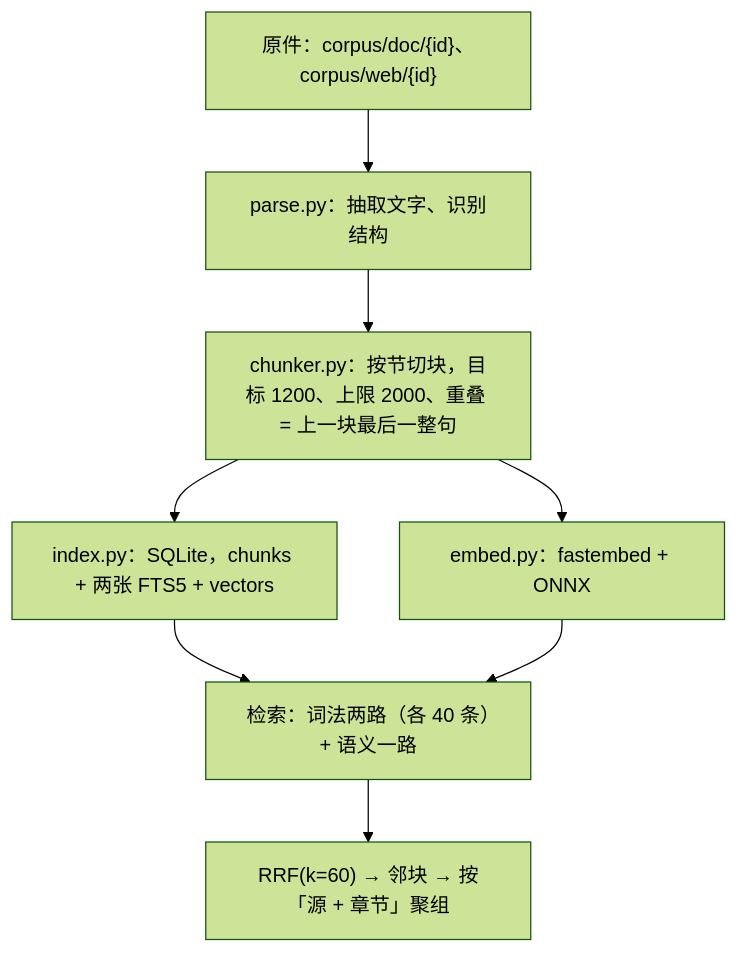
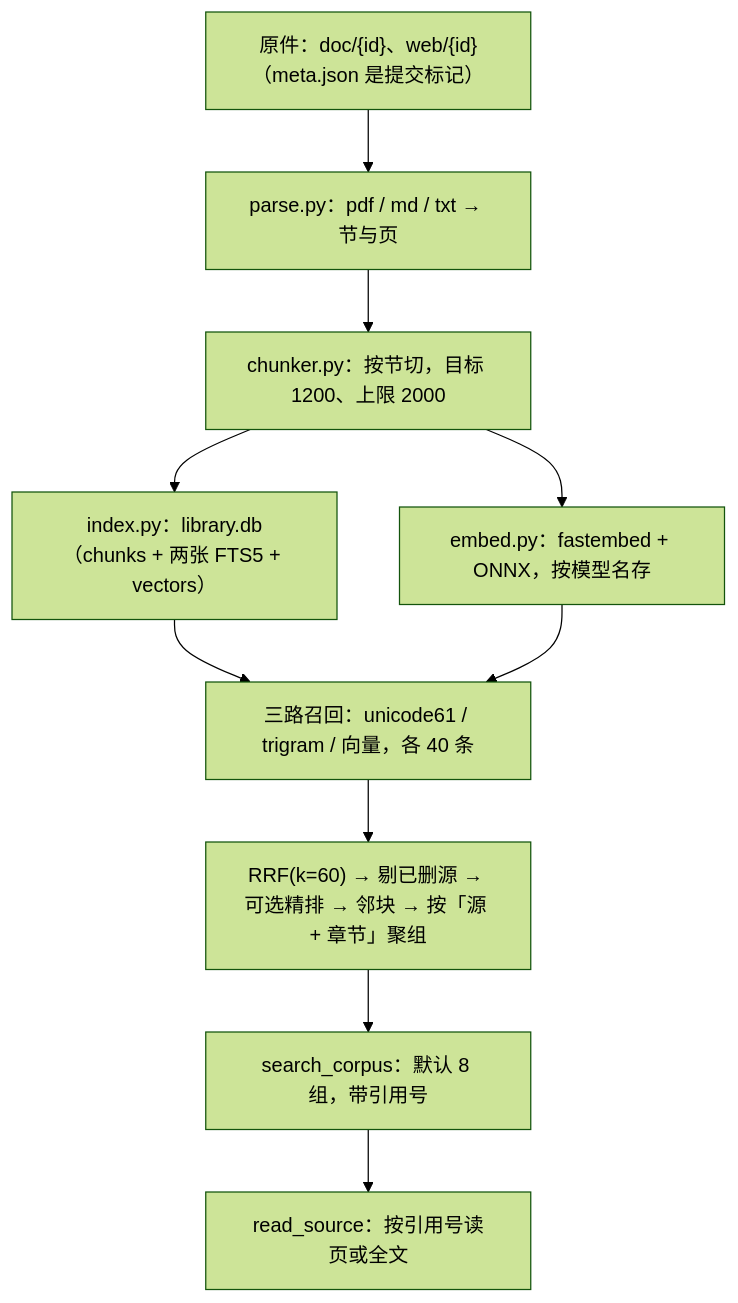
The second of 2 diagrams in docs/design.md (zhenqiangZ/VSAgent), drawn with Mermaid (forest theme) before and after one commit. The commit also changed other lines of this file and 3 other files, not shown here.

````diff
--- a/docs/design.md
+++ b/docs/design.md
@@ -417,10 +457,12 @@
 ```mermaid
 graph TD
-  A["原件：corpus/doc/{id}、corpus/web/{id}"] --> B["parse.py：抽取文字、识别结构"]
-  B --> C["chunker.py：按节切块，目标 1200、上限 2000、重叠 = 上一块最后一整句"]
-  C --> D["index.py：SQLite，chunks + 两张 FTS5 + vectors"]
-  C --> E["embed.py：fastembed + ONNX"]
-  D --> F["检索：词法两路（各 40 条）+ 语义一路"]
+  A["原件：doc/{id}、web/{id}（meta.json 是提交标记）"] --> B["parse.py：pdf / md / txt → 节与页"]
+  B --> C["chunker.py：按节切，目标 1200、上限 2000"]
+  C --> D["index.py：library.db（chunks + 两张 FTS5 + vectors）"]
+  C --> E["embed.py：fastembed + ONNX，按模型名存"]
+  D --> F["三路召回：unicode61 / trigram / 向量，各 40 条"]
   E --> F
-  F --> G["RRF(k=60) → 邻块 → 按「源 + 章节」聚组"]
+  F --> G["RRF(k=60) → 剔已删源 → 可选精排 → 邻块 → 按「源 + 章节」聚组"]
+  G --> H["search_corpus：默认 8 组，带引用号"]
+  H --> I["read_source：按引用号读页或全文"]
 ```
````
